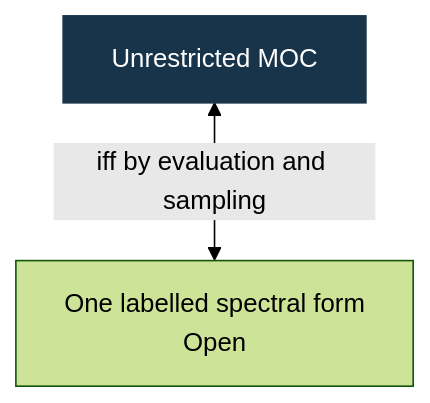
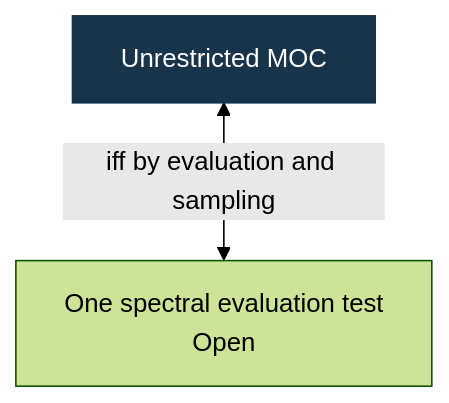
One commit to ascendnoosphere/MOC changed the tenth of 12 diagrams in Docs/all-orders-proof-map.md. Above: the diagram before and after it, drawn with Mermaid (forest theme). The commit also changed other lines of this file and 148 other files, not shown here.

Commit message:
moc: save proof repairs and document remaining verification

````diff
--- a/Docs/all-orders-proof-map.md
+++ b/Docs/all-orders-proof-map.md
@@ -970,9 +970,9 @@
 ```mermaid
 flowchart BT
-    accTitle: The shared proof for all 243 labelled forms
-    accDescr: Each form is equivalent to unrestricted MOC. Constant evaluators on an available sample realize arbitrary spectral lists.
+    accTitle: Spectral evaluation equivalence
+    accDescr: A spectral evaluation test is equivalent to unrestricted MOC when its sample type is nonempty in each order. Constant evaluators realize arbitrary spectral lists.
     Goal["Unrestricted MOC"]:::goal
-    Label["One labelled spectral form<br/>Open"]
+    Label["One spectral evaluation test<br/>Open"]
     Label <-->|iff by evaluation and sampling| Goal
     classDef goal fill:#18344b,stroke:#18344b,color:#fff
 ```
````
